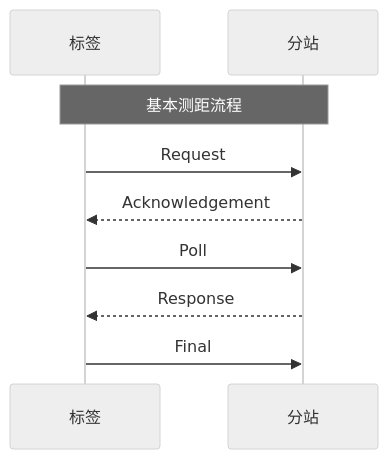
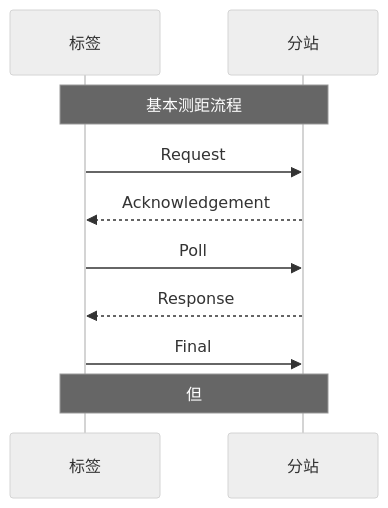
Before and after one commit to geek-zhao/iodraw-files: the diagram in all/未命名.md, drawn with Mermaid (neutral theme).

Commit message:
2024-08-17 14:03:54 update

````diff
--- a/all/未命名.md
+++ b/all/未命名.md
@@ -1,15 +1,15 @@
 ```mermaid
 sequenceDiagram
     participant tag as 标签
     participant anchor as 分站
 
     Note over tag,anchor: 基本测距流程
 
     tag->>anchor: Request
     anchor-->>tag: Acknowledgement
     tag->>anchor: Poll
     anchor-->>tag: Response
     tag->>anchor: Final       
 
-
+    Note over tag,anchor: 但
 ```
````
